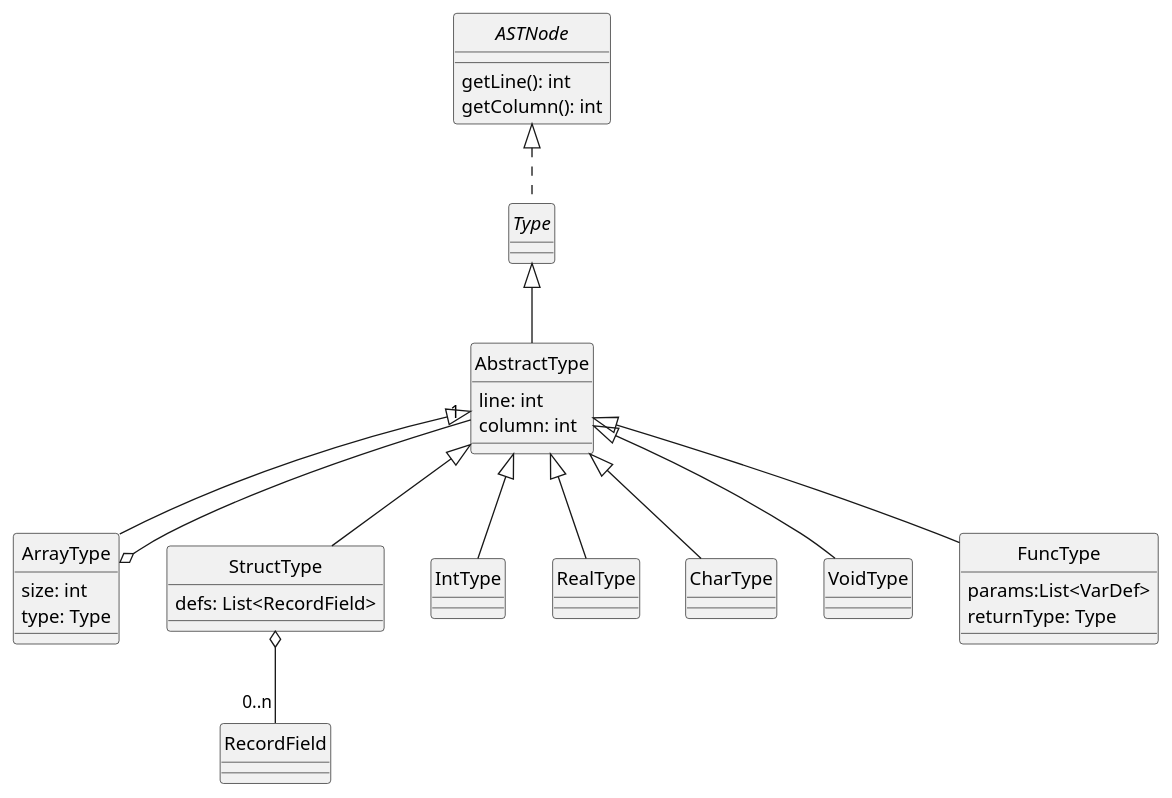
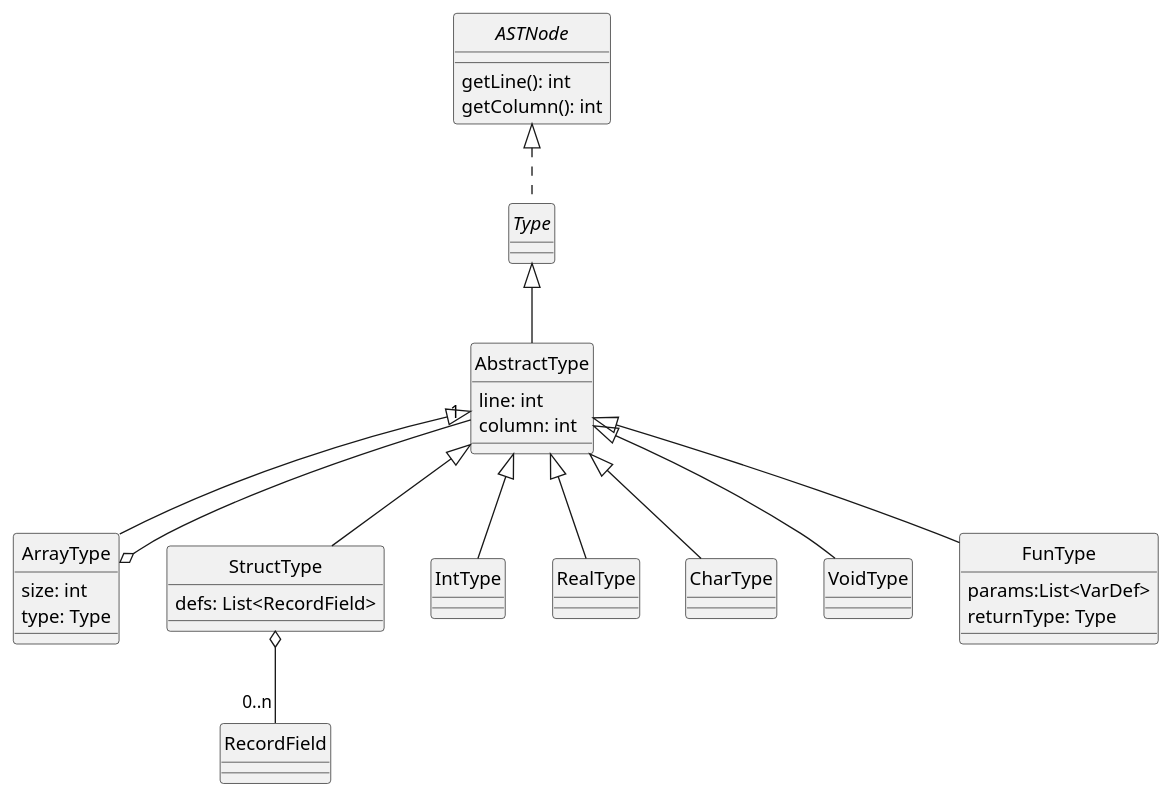
The diagram in docs/diagrams/types.plantuml (uo277516/dlp-compiler), drawn with PlantUML before and after one commit. The commit also changed 13 other files, not shown here.

Commit message:
Diagramas actualizados

```diff
--- a/docs/diagrams/types.plantuml
+++ b/docs/diagrams/types.plantuml
@@ -1,51 +1,51 @@
 @startuml Types
 skinparam style strictuml
 skinparam monochrome true
 
 interface ASTNode {
     getLine(): int
     getColumn(): int
 }
 
 interface Type
 
 class AbstractType {
     line: int
     column: int
 }
 
 ASTNode <|.. Type
 
 ArrayType o-- "1" AbstractType
 StructType o-- "0..n" RecordField
 
 class ArrayType {
 size: int
     type: Type
 }
 class StructType {
     defs: List<RecordField>
 }
 
 class IntType
 class RealType
 class CharType
 class VoidType
-class FuncType {
+class FunType {
     params:List<VarDef>
     returnType: Type
 }
 
 Type <|-- AbstractType
 
 AbstractType <|-- ArrayType
 AbstractType <|-- StructType
-AbstractType <|-- FuncType
+AbstractType <|-- FunType
 
 AbstractType <|-- IntType
 AbstractType <|-- RealType
 AbstractType <|-- CharType
 AbstractType <|-- VoidType
 
 
 @enduml
```
